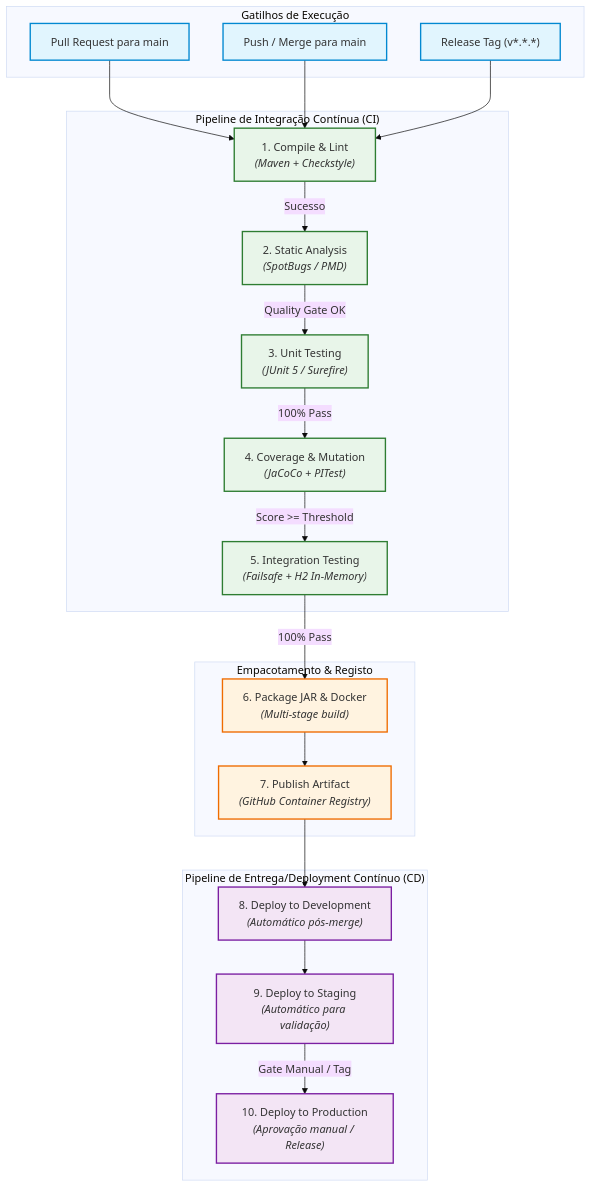
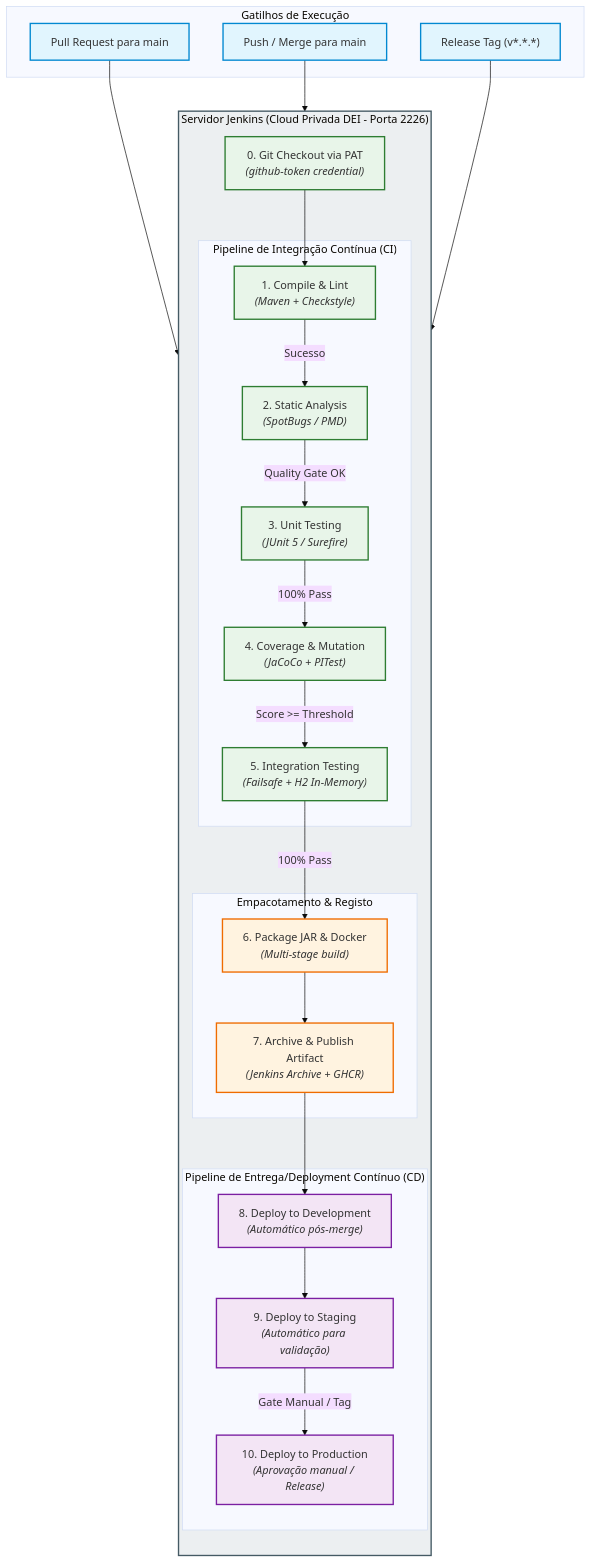
The first of 2 diagrams in Docs/ODSOFT/system-to-be/system-to-be.md (RafaelBrandao04/psoft-project-2026-1), drawn with Mermaid (base theme) before and after one commit. The commit also changed other lines of this file, not shown here.

Commit message:
docs(odsoft): update Jenkins DEI setup in system-to-be.md

````diff
--- a/Docs/ODSOFT/system-to-be/system-to-be.md
+++ b/Docs/ODSOFT/system-to-be/system-to-be.md
@@ -45,52 +47,60 @@
 ```mermaid
 flowchart TD
     subgraph Trigger["Gatilhos de Execução"]
         PR["Pull Request para main"]
         PUSH["Push / Merge para main"]
         TAG["Release Tag (v*.*.*)"]
     end
 
-    subgraph CI["Pipeline de Integração Contínua (CI)"]
-        S1["1. Compile & Lint<br/><i>(Maven + Checkstyle)</i>"]
-        S2["2. Static Analysis<br/><i>(SpotBugs / PMD)</i>"]
-        S3["3. Unit Testing<br/><i>(JUnit 5 / Surefire)</i>"]
-        S4["4. Coverage & Mutation<br/><i>(JaCoCo + PITest)</i>"]
-        S5["5. Integration Testing<br/><i>(Failsafe + H2 In-Memory)</i>"]
+    subgraph JenkinsServer["Servidor Jenkins (Cloud Privada DEI - Porta 2226)"]
+        direction TB
+        SCM["0. Git Checkout via PAT<br/><i>(github-token credential)</i>"]
+
+        subgraph CI["Pipeline de Integração Contínua (CI)"]
+            S1["1. Compile & Lint<br/><i>(Maven + Checkstyle)</i>"]
+            S2["2. Static Analysis<br/><i>(SpotBugs / PMD)</i>"]
+            S3["3. Unit Testing<br/><i>(JUnit 5 / Surefire)</i>"]
+            S4["4. Coverage & Mutation<br/><i>(JaCoCo + PITest)</i>"]
+            S5["5. Integration Testing<br/><i>(Failsafe + H2 In-Memory)</i>"]
+        end
+
+        subgraph Package["Empacotamento & Registo"]
+            S6["6. Package JAR & Docker<br/><i>(Multi-stage build)</i>"]
+            S7["7. Archive & Publish Artifact<br/><i>(Jenkins Archive + GHCR)</i>"]
+        end
+
+        subgraph CD["Pipeline de Entrega/Deployment Contínuo (CD)"]
+            DEV["8. Deploy to Development<br/><i>(Automático pós-merge)</i>"]
+            STG["9. Deploy to Staging<br/><i>(Automático para validação)</i>"]
+            PROD["10. Deploy to Production<br/><i>(Aprovação manual / Release)</i>"]
+        end
     end
 
-    subgraph Package["Empacotamento & Registo"]
-        S6["6. Package JAR & Docker<br/><i>(Multi-stage build)</i>"]
-        S7["7. Publish Artifact<br/><i>(GitHub Container Registry)</i>"]
-    end
-
-    subgraph CD["Pipeline de Entrega/Deployment Contínuo (CD)"]
-        DEV["8. Deploy to Development<br/><i>(Automático pós-merge)</i>"]
-        STG["9. Deploy to Staging<br/><i>(Automático para validação)</i>"]
-        PROD["10. Deploy to Production<br/><i>(Aprovação manual / Release)</i>"]
-    end
-
-    PR --> S1
-    PUSH --> S1
-    TAG --> S1
+    PR --> SCM
+    PUSH --> SCM
+    TAG --> SCM
+    SCM --> S1
 
     S1 -->|Sucesso| S2
     S2 -->|Quality Gate OK| S3
     S3 -->|100% Pass| S4
     S4 -->|Score >= Threshold| S5
     S5 -->|100% Pass| S6
 
     S6 --> S7
     S7 --> DEV
     DEV --> STG
     STG -->|Gate Manual / Tag| PROD
 
     classDef triggerStyle fill:#e1f5fe,stroke:#0288d1,stroke-width:2px;
+    classDef serverStyle fill:#eceff1,stroke:#455a64,stroke-width:2px;
     classDef ciStyle fill:#e8f5e9,stroke:#2e7d32,stroke-width:2px;
     classDef pkgStyle fill:#fff3e0,stroke:#ef6c00,stroke-width:2px;
     classDef cdStyle fill:#f3e5f5,stroke:#7b1fa2,stroke-width:2px;
 
     class PR,PUSH,TAG triggerStyle;
-    class S1,S2,S3,S4,S5 ciStyle;
+    class JenkinsServer serverStyle;
+    class SCM,S1,S2,S3,S4,S5 ciStyle;
     class S6,S7 pkgStyle;
     class DEV,STG,PROD cdStyle;
 ```
````
